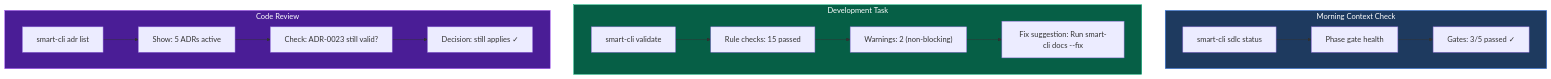
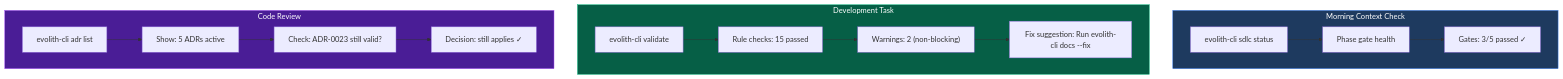
One commit to beyondnetcode/evolith_arch32 changed the sixth of 8 diagrams in product/products/smart-cli/docs/VISION.md. Above: the diagram before and after it, drawn with Mermaid. The commit also changed other lines of this file and 195 other files, not shown here.

First line of the commit message:
refactor(brand): align "Smart CLI" → "Evolith CLI" across docs, code, npm, and assemblies

````diff
--- a/product/products/smart-cli/docs/VISION.md
+++ b/product/products/smart-cli/docs/VISION.md
@@ -272,23 +272,23 @@
 ```mermaid
 graph TB
     subgraph Morning["Morning Context Check"]
-        M1["smart-cli sdlc status"] --> M2["Phase gate health"]
+        M1["evolith-cli sdlc status"] --> M2["Phase gate health"]
         M2 --> M3["Gates: 3/5 passed ✓"]
     end
 
     subgraph Task["Development Task"]
-        T1["smart-cli validate"] --> T2["Rule checks: 15 passed"]
+        T1["evolith-cli validate"] --> T2["Rule checks: 15 passed"]
         T2 --> T3["Warnings: 2 (non-blocking)"]
-        T3 --> T4["Fix suggestion: Run smart-cli docs --fix"]
+        T3 --> T4["Fix suggestion: Run evolith-cli docs --fix"]
     end
 
     subgraph Review["Code Review"]
-        R1["smart-cli adr list"] --> R2["Show: 5 ADRs active"]
+        R1["evolith-cli adr list"] --> R2["Show: 5 ADRs active"]
         R2 --> R3["Check: ADR-0023 still valid?"]
         R3 --> R4["Decision: still applies ✓"]
     end
 
     style Morning fill:#1e3a5f,stroke:#3b82f6,color:#fff
     style Task fill:#065f46,stroke:#10b981,color:#fff
     style Review fill:#4a1d96,stroke:#a855f7,color:#fff
 ```
````
